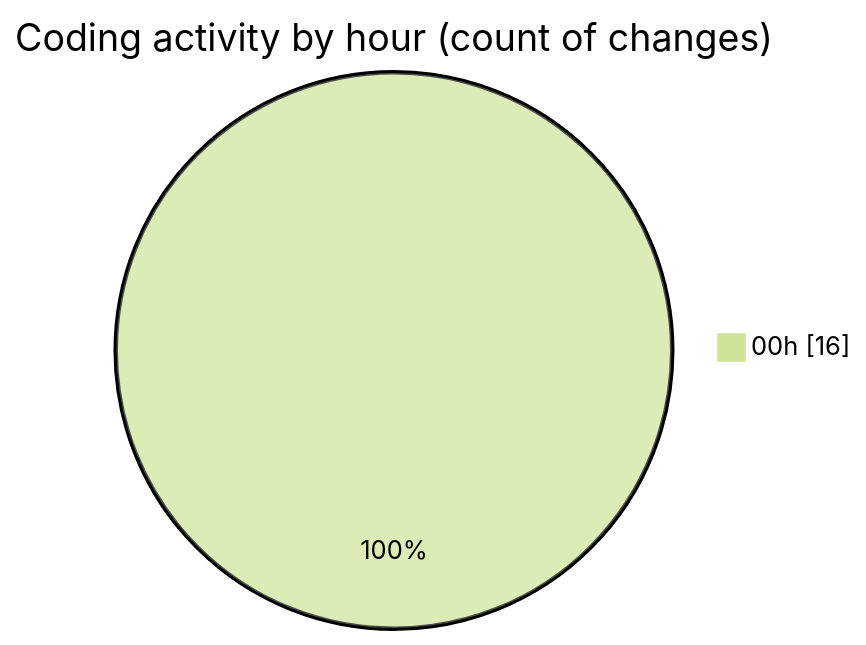
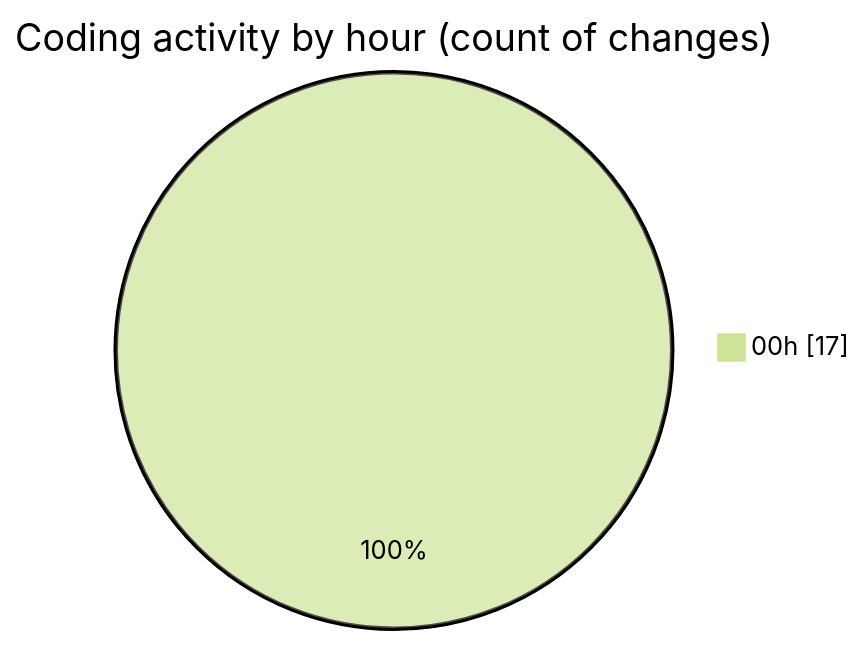
Before and after one commit to donsfak/code-tracking: the second of 2 diagrams in 2025-10-20/weather_insights_app/README.md, drawn with Mermaid (forest theme). The commit also changed other lines of this file and 1 other file, not shown here.

````diff
--- a/2025-10-20/weather_insights_app/README.md
+++ b/2025-10-20/weather_insights_app/README.md
@@ -36,5 +37,5 @@
 ```mermaid
 pie showData
 title Coding activity by hour (count of changes)
-"00h" : 16
+"00h" : 17
 ```
````
